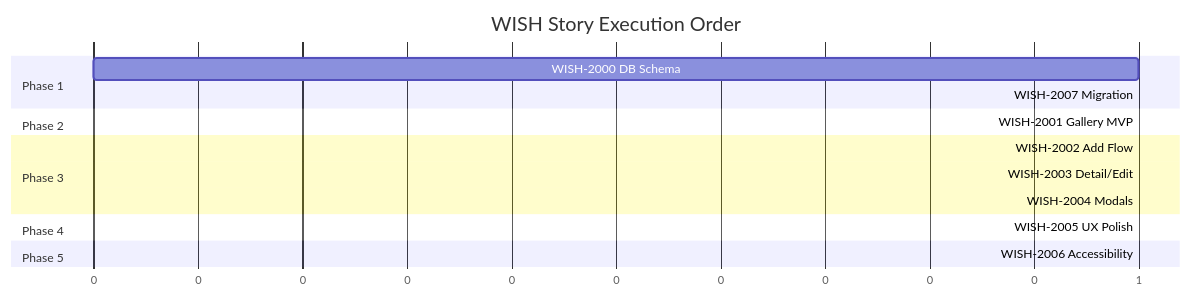
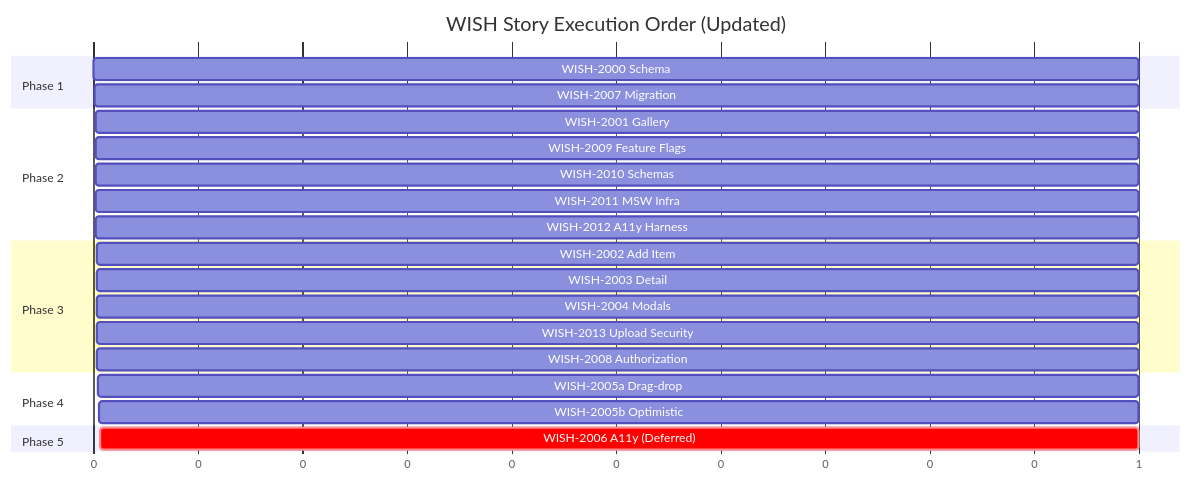
One commit to michael-menard/monorepo changed the second of 2 diagrams in plans/future/wish/WISH.roadmap.md. Above: the diagram before and after it, drawn with Mermaid. The commit also changed other lines of this file and 83 other files, not shown here.

````diff
--- a/plans/future/wish/WISH.roadmap.md
+++ b/plans/future/wish/WISH.roadmap.md
@@ -72,24 +86,31 @@
 ```mermaid
 gantt
-    title WISH Story Execution Order
+    title WISH Story Execution Order (Updated)
     dateFormat X
     axisFormat %s
 
     section Phase 1
-    WISH-2000 DB Schema    :s001, 0, 1
-    WISH-2007 Migration    :s007, after s001, 1
+    WISH-2000 Schema    :s001, 0, 1
+    WISH-2007 Migration :s007, 1, 1
 
     section Phase 2
-    WISH-2001 Gallery MVP  :s002, after s007, 1
+    WISH-2001 Gallery   :s002, 2, 1
+    WISH-2009 Feature Flags :s009, 2, 1
+    WISH-2010 Schemas   :s010, 2, 1
+    WISH-2011 MSW Infra :s011, 2, 1
+    WISH-2012 A11y Harness :s012, 2, 1
 
     section Phase 3
-    WISH-2002 Add Flow     :s003, after s002, 1
-    WISH-2003 Detail/Edit  :s004, after s002, 1
-    WISH-2004 Modals       :s005, after s002, 1
+    WISH-2002 Add Item  :s003, 3, 1
+    WISH-2003 Detail    :s004, 3, 1
+    WISH-2004 Modals    :s005, 3, 1
+    WISH-2013 Upload Security :s013, 3, 1
+    WISH-2008 Authorization :s008, 3, 1
 
     section Phase 4
-    WISH-2005 UX Polish    :s006, after s003 s004 s005, 1
+    WISH-2005a Drag-drop :s006a, 4, 1
+    WISH-2005b Optimistic :s006b, 5, 1
 
     section Phase 5
-    WISH-2006 Accessibility :s008, after s006, 1
+    WISH-2006 A11y (Deferred) :crit, s006c, 6, 1
 ```
````
